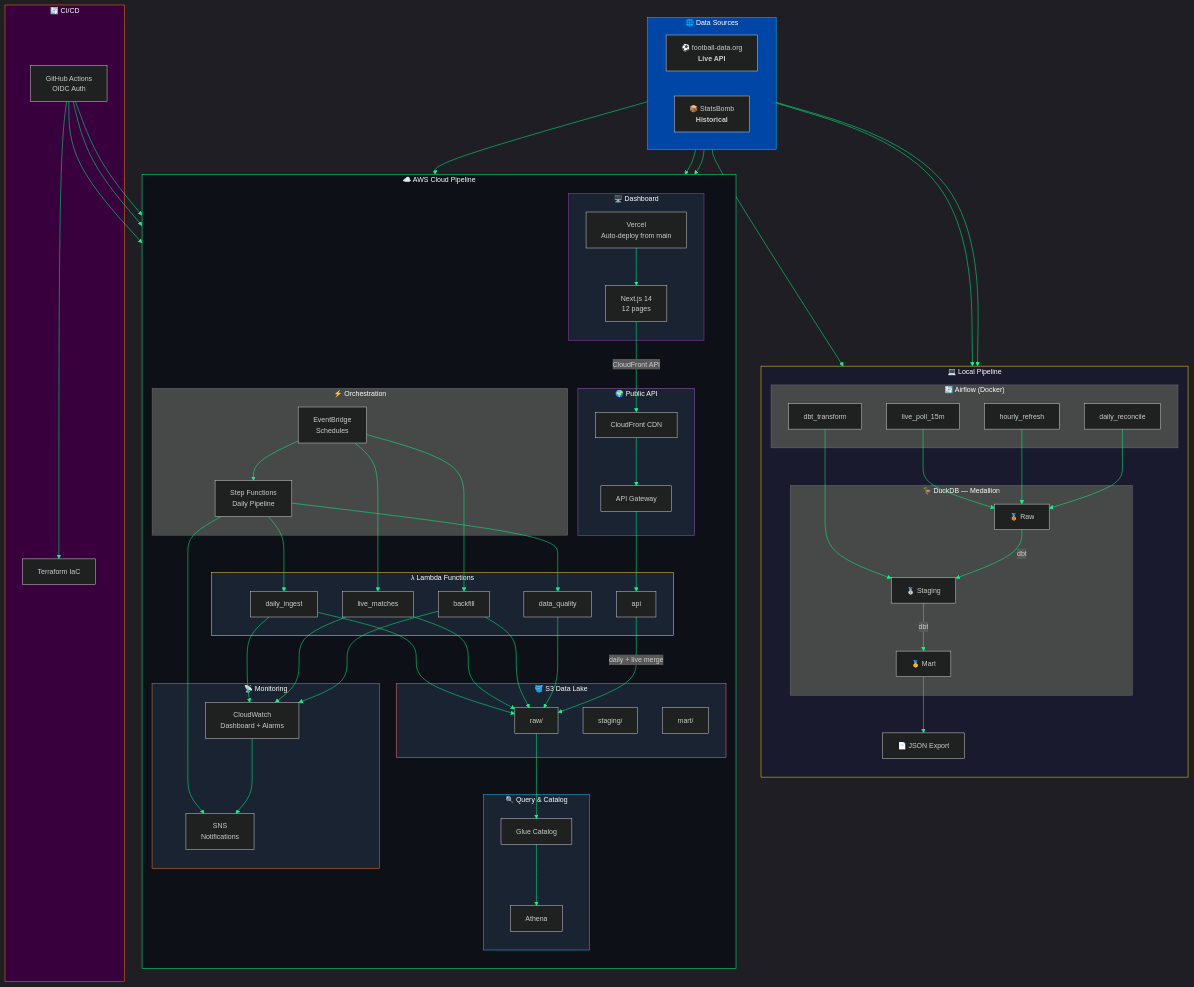
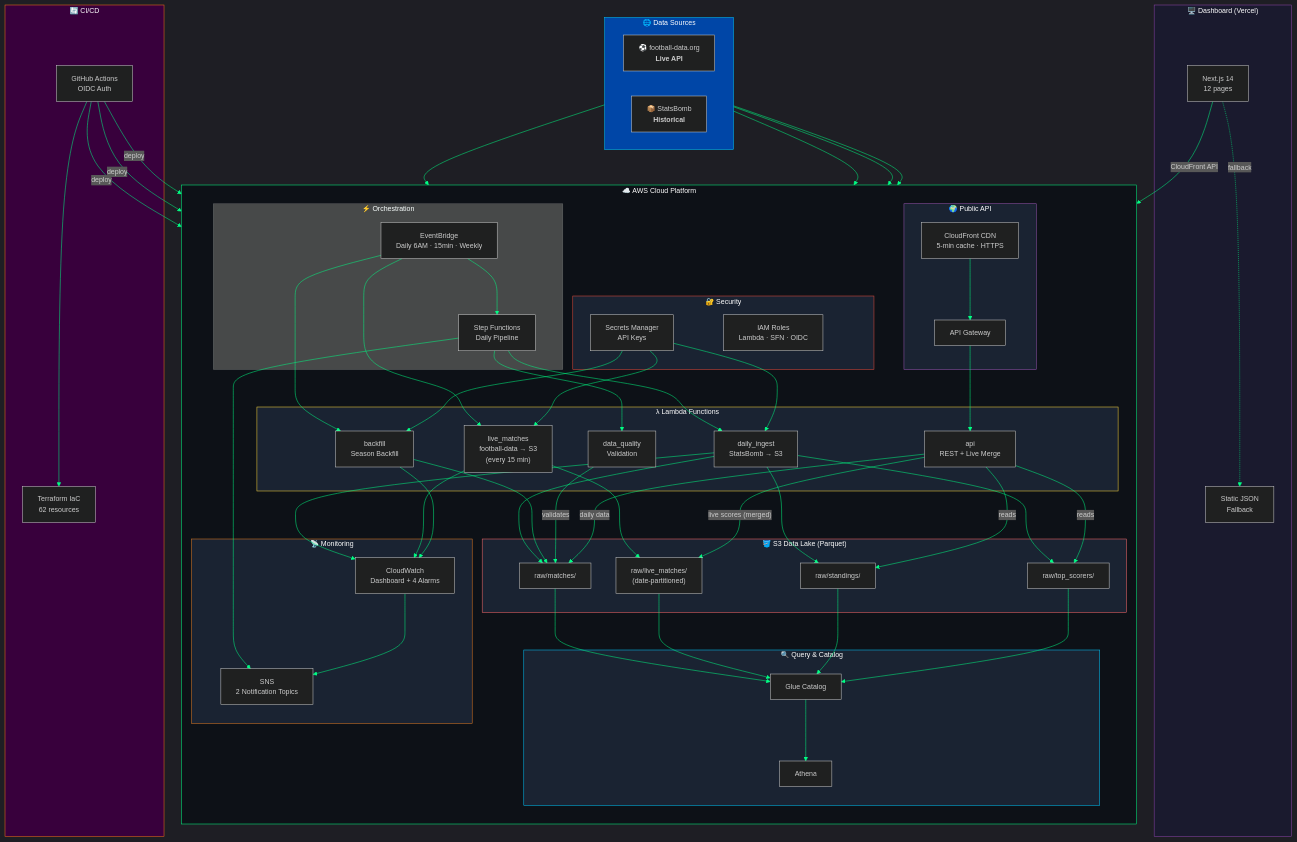
The diagram in docs/architecture.mmd (StarLord598/epl-pipeline-cloud), drawn with Mermaid before and after one commit. The commit also changed 2 other files, not shown here.

Commit message:
docs: update README + architecture for live API, FotMob fixtures, live merge (#22)
- Update dashboard page descriptions (Results → FotMob-style, Form/Race → derived from API)
- Update data refresh frequencies to reflect CloudFront API
- Expand ASCII architecture diagram with CloudFront API flow + live merge
- Document live score merge pattern in AWS_ARCHITECTURE.md
- Update Mermaid diagram: Vercel reads from CloudFront (not S3 directly), API does live merge
- Fix ECS Fargate → Vercel in Mermaid (actual deployment target)

```diff
--- a/docs/architecture.mmd
+++ b/docs/architecture.mmd
@@ -1,119 +1,111 @@
 %%{init: {'theme': 'dark', 'themeVariables': {'fontSize': '14px', 'primaryColor': '#38003c', 'lineColor': '#00ff85'}}}%%
 
 flowchart TB
     subgraph SRC["🌐 Data Sources"]
         direction LR
         A1["⚽ football-data.org<br/><b>Live API</b>"]
         A2["📦 StatsBomb<br/><b>Historical</b>"]
     end
 
-    subgraph LOCAL["💻 Local Pipeline"]
-        direction TB
-        subgraph AIR["🔄 Airflow (Docker)"]
-            B1["live_poll_15m"]
-            B2["hourly_refresh"]
-            B3["dbt_transform"]
-            B4["daily_reconcile"]
-        end
-        subgraph DWH["🦆 DuckDB — Medallion"]
-            C1["🥉 Raw"]
-            C2["🥈 Staging"]
-            C3["🥇 Mart"]
-        end
-        D1["📄 JSON Export"]
-    end
-
-    subgraph CLOUD["☁️ AWS Cloud Pipeline"]
+    subgraph CLOUD["☁️ AWS Cloud Platform"]
         direction TB
         subgraph ORCH["⚡ Orchestration"]
-            E1["EventBridge<br/>Schedules"]
+            E1["EventBridge<br/>Daily 6AM · 15min · Weekly"]
             E2["Step Functions<br/>Daily Pipeline"]
         end
         subgraph LAMBDA["λ Lambda Functions"]
-            F1["daily_ingest"]
-            F2["live_matches"]
-            F3["backfill"]
-            F4["data_quality"]
-            F5["api"]
+            F1["daily_ingest<br/>StatsBomb → S3"]
+            F2["live_matches<br/>football-data → S3<br/>(every 15 min)"]
+            F3["backfill<br/>Season Backfill"]
+            F4["data_quality<br/>Validation"]
+            F5["api<br/>REST + Live Merge"]
         end
-        subgraph LAKE["🪣 S3 Data Lake"]
-            G1["raw/"]
-            G2["staging/"]
-            G3["mart/"]
+        subgraph LAKE["🪣 S3 Data Lake (Parquet)"]
+            G1["raw/matches/"]
+            G2["raw/live_matches/<br/>(date-partitioned)"]
+            G3["raw/standings/"]
+            G4["raw/top_scorers/"]
         end
         subgraph QUERY["🔍 Query & Catalog"]
             H1["Glue Catalog"]
             H2["Athena"]
         end
         subgraph API["🌍 Public API"]
             I1["API Gateway"]
-            I2["CloudFront CDN"]
-        end
-        subgraph DASH["🖥️ Dashboard"]
-            J1["Vercel<br/>Auto-deploy from main"]
-            J2["Next.js 14<br/>12 pages"]
+            I2["CloudFront CDN<br/>5-min cache · HTTPS"]
         end
         subgraph MON["📡 Monitoring"]
-            K1["CloudWatch<br/>Dashboard + Alarms"]
-            K2["SNS<br/>Notifications"]
+            K1["CloudWatch<br/>Dashboard + 4 Alarms"]
+            K2["SNS<br/>2 Notification Topics"]
         end
+        subgraph SEC["🔐 Security"]
+            SM["Secrets Manager<br/>API Keys"]
+            IAM["IAM Roles<br/>Lambda · SFN · OIDC"]
+        end
+    end
+
+    subgraph DASH["🖥️ Dashboard (Vercel)"]
+        J1["Next.js 14<br/>12 pages"]
+        J2["Static JSON<br/>Fallback"]
     end
 
     subgraph CICD["🔄 CI/CD"]
         L1["GitHub Actions<br/>OIDC Auth"]
-        L2["Terraform IaC"]
+        L2["Terraform IaC<br/>62 resources"]
     end
 
-    %% Source connections
-    A1 --> B1 & B2
-    A2 --> B4
+    %% Source → Lambda
     A1 --> F1 & F2 & F3
+    A2 --> F1
 
-    %% Local flow
-    B1 & B2 & B4 --> C1
-    B3 --> C2
-    C1 -->|dbt| C2 -->|dbt| C3
-    C3 --> D1
-
-    %% Cloud orchestration
+    %% Orchestration
     E1 --> E2
     E1 --> F2 & F3
     E2 --> F1
     E2 --> F4
     E2 --> K2
 
-    %% Lambda to S3
-    F1 & F2 & F3 --> G1
-    F4 --> G1
+    %% Lambda → S3
+    F1 --> G1 & G3 & G4
+    F2 --> G2
+    F3 --> G1
 
-    %% S3 to query
-    G1 --> H1
+    %% Secrets
+    SM --> F1 & F2 & F3
+
+    %% Quality
+    F4 -->|validates| G1
+
+    %% S3 → Query
+    G1 & G2 & G3 & G4 --> H1
     H1 --> H2
 
     %% API flow — live merge
     I2 --> I1 --> F5
-    F5 -->|"daily + live merge"| G1
+    F5 -->|"daily data"| G1
+    F5 -->|"live scores (merged)"| G2
+    F5 -->|reads| G3 & G4
 
-    %% Dashboard reads from CloudFront
-    J1 --> J2
-    J2 -->|"CloudFront API"| I2
+    %% Dashboard → CloudFront
+    J1 -->|"CloudFront API"| I2
+    J1 -.->|"fallback"| J2
 
     %% Monitoring
     F1 & F2 & F3 --> K1
     K1 --> K2
 
     %% CI/CD
     L1 --> L2
-    L1 --> F1 & F2 & F3
+    L1 -->|deploy| F1 & F2 & F3
 
     %% Styles
     style SRC fill:#0046A7,stroke:#00c8ff,color:#fff
-    style LOCAL fill:#1a1a2e,stroke:#FFD700,color:#fff
     style CLOUD fill:#0d1117,stroke:#00ff85,color:#fff
+    style DASH fill:#1a1a2e,stroke:#8e44ad,color:#fff
     style CICD fill:#38003c,stroke:#f97316,color:#fff
     style LAKE fill:#1a2332,stroke:#ff6b6b,color:#fff
     style LAMBDA fill:#1a2332,stroke:#ffd93d,color:#fff
     style QUERY fill:#1a2332,stroke:#00c8ff,color:#fff
     style API fill:#1a2332,stroke:#9b59b6,color:#fff
-    style DASH fill:#1a2332,stroke:#8e44ad,color:#fff
     style MON fill:#1a2332,stroke:#e67e22,color:#fff
+    style SEC fill:#1a2332,stroke:#e74c3c,color:#fff
```
